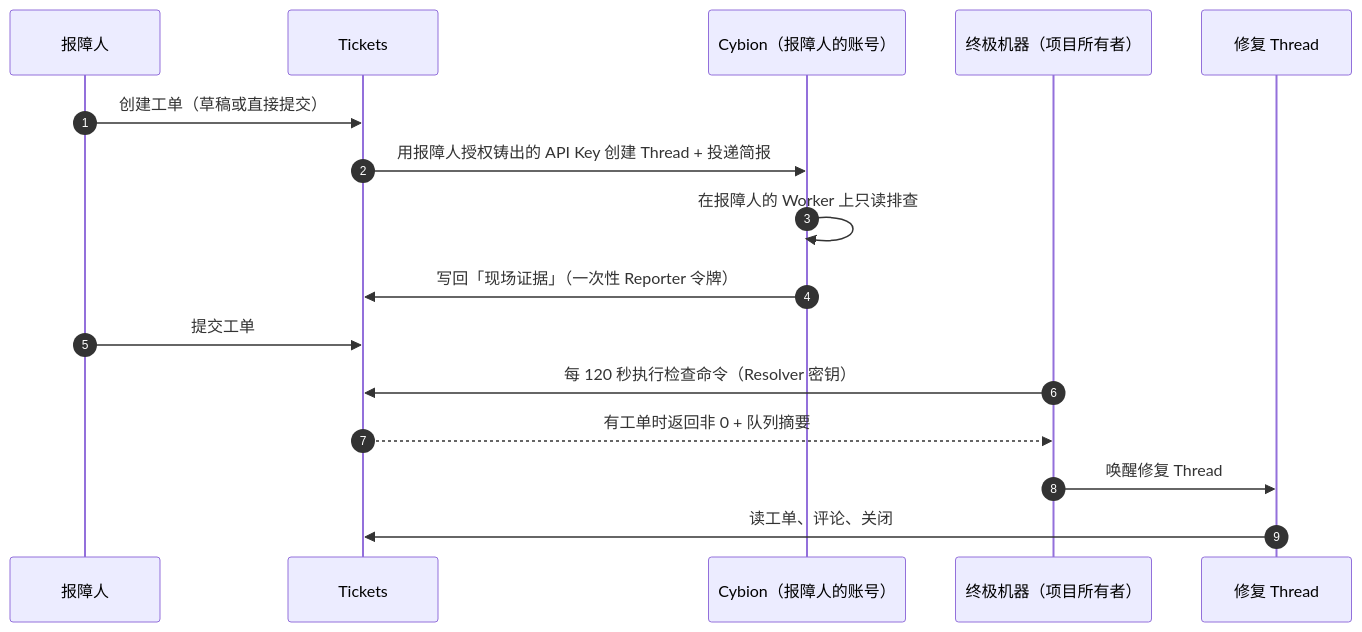
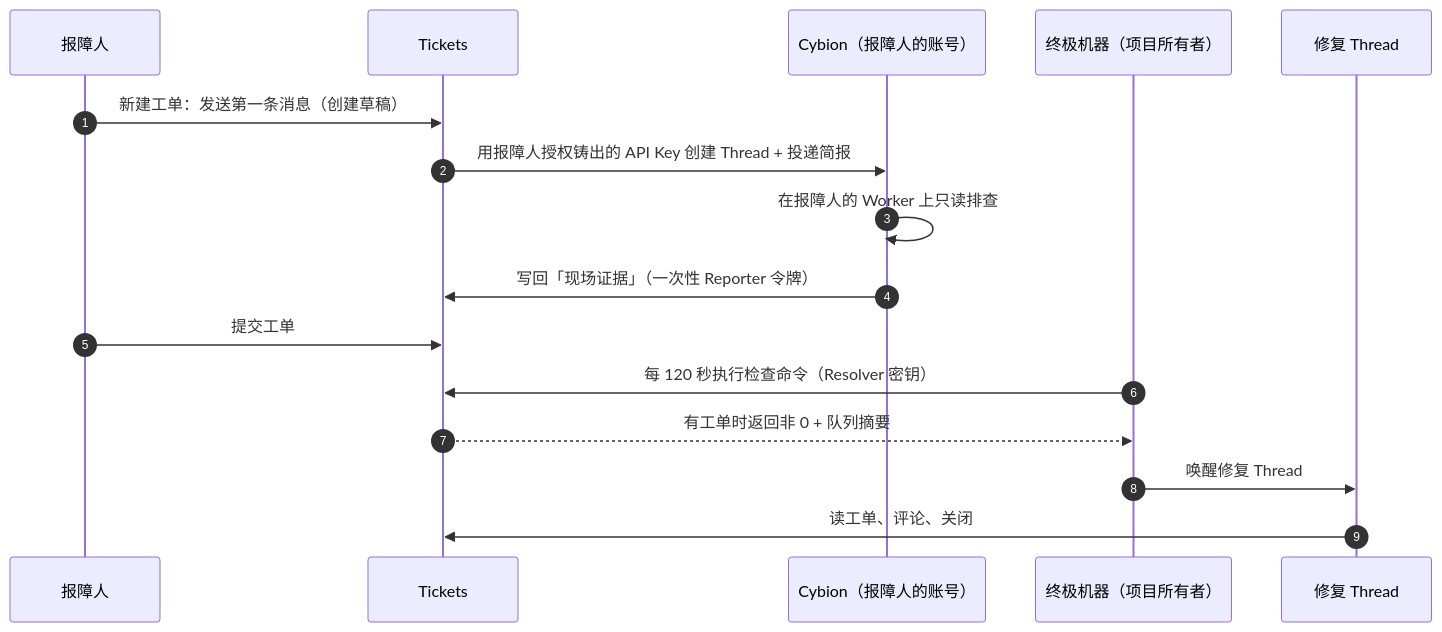
One commit to zccz14/tickets changed the first of 2 diagrams in README.md. Above: the diagram before and after it, drawn with Mermaid. The commit also changed other lines of this file and 13 other files, not shown here.

````diff
--- a/README.md
+++ b/README.md
@@ -13,19 +13,19 @@
 ```mermaid
 sequenceDiagram
     autonumber
     participant R as 报障人
     participant T as Tickets
     participant C as Cybion（报障人的账号）
     participant M as 终极机器（项目所有者）
     participant X as 修复 Thread
 
-    R->>T: 创建工单（草稿或直接提交）
+    R->>T: 新建工单：发送第一条消息（创建草稿）
     T->>C: 用报障人授权铸出的 API Key 创建 Thread + 投递简报
     C->>C: 在报障人的 Worker 上只读排查
     C->>T: 写回「现场证据」（一次性 Reporter 令牌）
     R->>T: 提交工单
     M->>T: 每 120 秒执行检查命令（Resolver 密钥）
     T-->>M: 有工单时返回非 0 + 队列摘要
     M->>X: 唤醒修复 Thread
     X->>T: 读工单、评论、关闭
 ```
````
